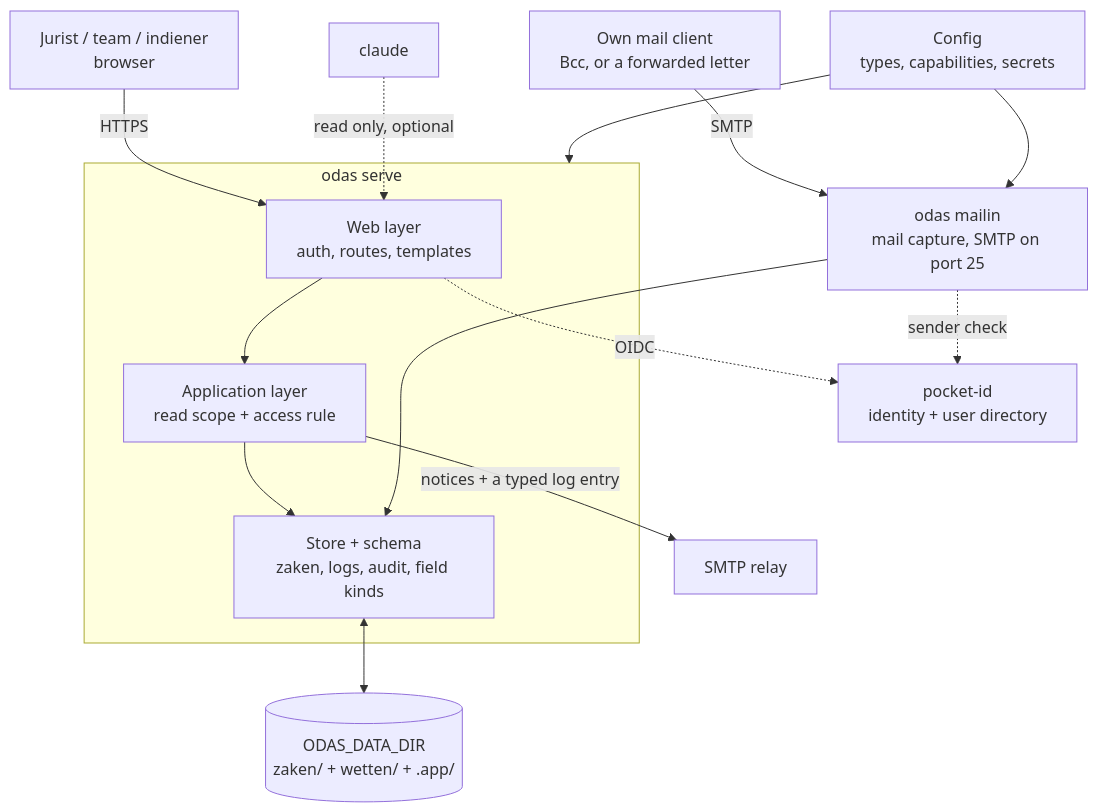
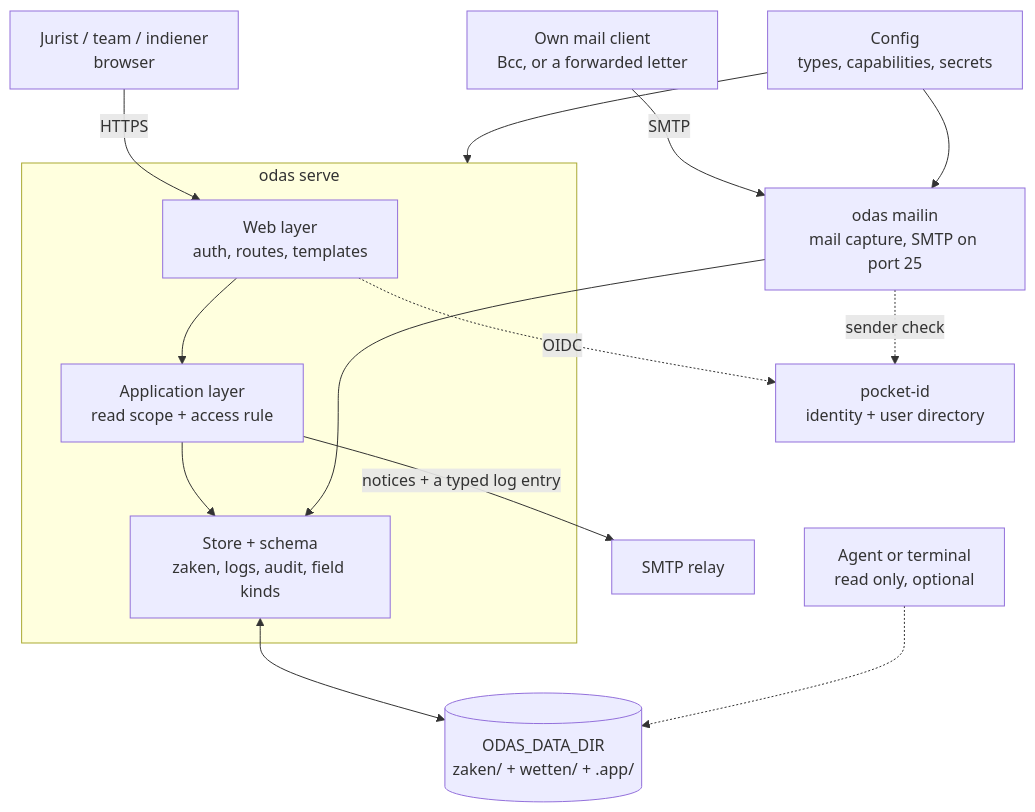
The diagram in ARCHITECTURE.md (sjev/odas), drawn with Mermaid before and after one commit. The commit also changed other lines of this file and 2 other files, not shown here.

Commit message:
Rewrite README, tighten ARCHITECTURE, trim backlog

````diff
--- a/ARCHITECTURE.md
+++ b/ARCHITECTURE.md
@@ -18,21 +18,22 @@
 ```mermaid
 flowchart TB
     team[Jurist / team / indiener<br/>browser]
     client[Own mail client<br/>Bcc, or a forwarded letter]
     pocketid[pocket-id<br/>identity + user directory]
     relay[SMTP relay]
+    agent[Agent or terminal<br/>read only, optional]
     subgraph serve[odas serve]
         web[Web layer<br/>auth, routes, templates] --> appl[Application layer<br/>read scope + access rule] --> store[Store + schema<br/>zaken, logs, audit, field kinds]
     end
     mailin[odas mailin<br/>mail capture, SMTP on port 25]
     cfg[Config<br/>types, capabilities, secrets]
     team -- HTTPS --> web
-    claude -. read only, optional .-> web
     web -. OIDC .-> pocketid
     appl -- notices + a typed log entry --> relay
     client -- SMTP --> mailin --> store
     mailin -. sender check .-> pocketid
     cfg --> serve
     cfg --> mailin
     store <--> datadir[(ODAS_DATA_DIR<br/>zaken/ + wetten/ + .app/)]
+    agent -.-> datadir
 ```
````
